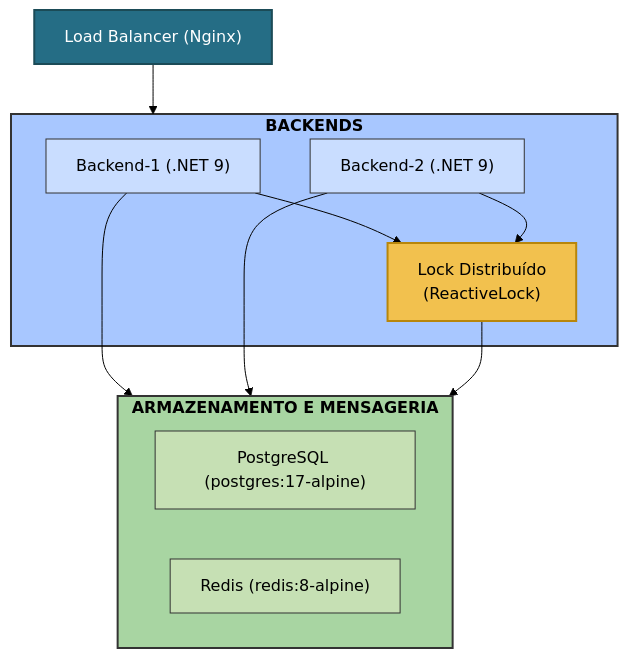
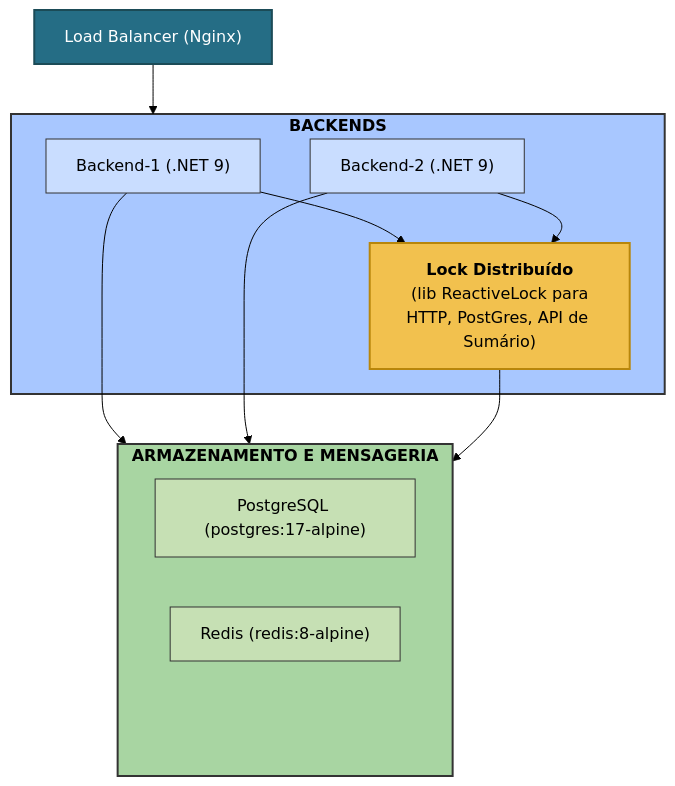
Before and after one commit to micheloliveira-com/rinha-de-backend-2025-dotnet-csharp-redis-grpc: the diagram in README.md, drawn with Mermaid (forest theme).

Commit message:
refactor: enhance diagram clarity in README by updating ReactiveLock description and adding invisible spacer

````diff
--- a/README.md
+++ b/README.md
@@ -16,39 +16,43 @@
 ```mermaid
 
 graph TD
   loadBalancer["Load Balancer (Nginx)"]
 
   subgraph backendsGroup["<b>BACKENDS</b>"]
     backend1["Backend-1 (.NET 9)"]
     backend2["Backend-2 (.NET 9)"]
-    reactiveLock["Lock Distribuído<br/>(ReactiveLock)"]
+    reactiveLock["<b>Lock Distribuído</b><br/>(lib ReactiveLock para<br/>HTTP, PostGres, API de Sumário)"]
   end
 
   subgraph storageGroup["<b>ARMAZENAMENTO E MENSAGERIA</b>"]
     postgres["PostgreSQL (postgres:17-alpine)"]
     redis["Redis (redis:8-alpine)"]
+    spacer[" "]:::invisible
   end
 
   loadBalancer --> backendsGroup
 
   backend1 --> storageGroup
   backend2 --> storageGroup
 
   backend1 --> reactiveLock
   backend2 --> reactiveLock
 
   reactiveLock --> storageGroup
 
+  classDef invisible fill:none,stroke:none;
+
   %% Estilos de cor
   style loadBalancer fill:#256D85,stroke:#1B4B57,stroke-width:2px,color:#FFFFFF
 
   style backendsGroup fill:#a8c7ff,stroke:#333,stroke-width:2px,color:#000
   style backend1 fill:#c9ddff,stroke:#333,stroke-width:1px,color:#000
   style backend2 fill:#c9ddff,stroke:#333,stroke-width:1px,color:#000
   style reactiveLock fill:#f2c14e,stroke:#b8860b,stroke-width:2px,color:#000
 
   style storageGroup fill:#a8d5a2,stroke:#333,stroke-width:2px,color:#000
   style postgres fill:#c6e0b4,stroke:#333,stroke-width:1px,color:#000
   style redis fill:#c6e0b4,stroke:#333,stroke-width:1px,color:#000
+  
 
 ```
````
